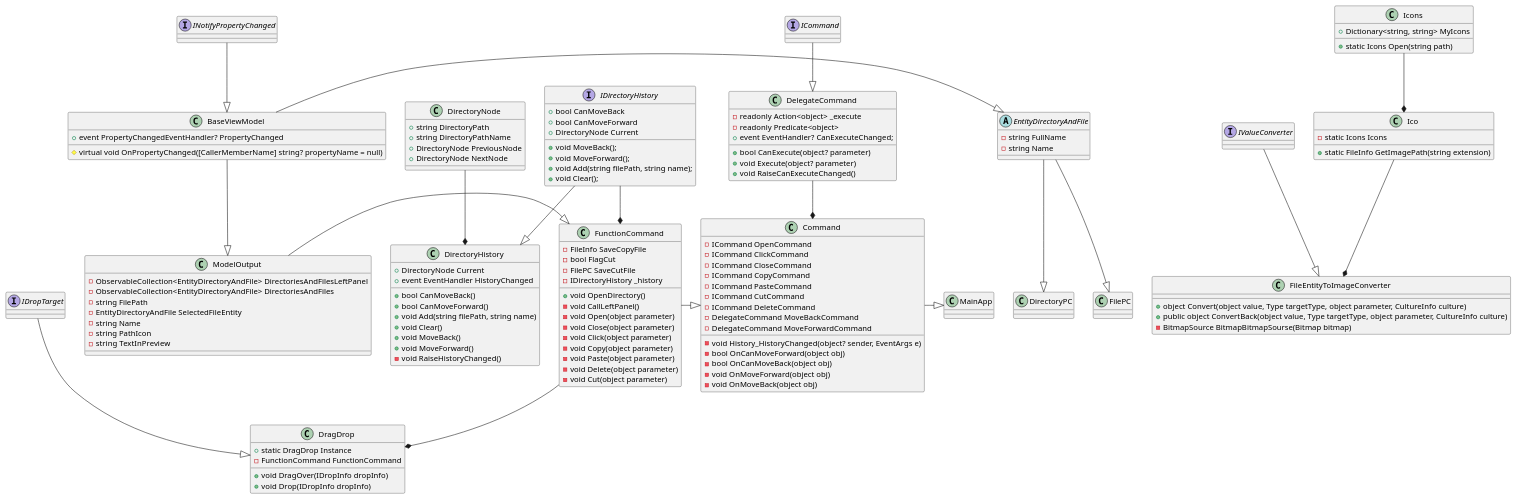
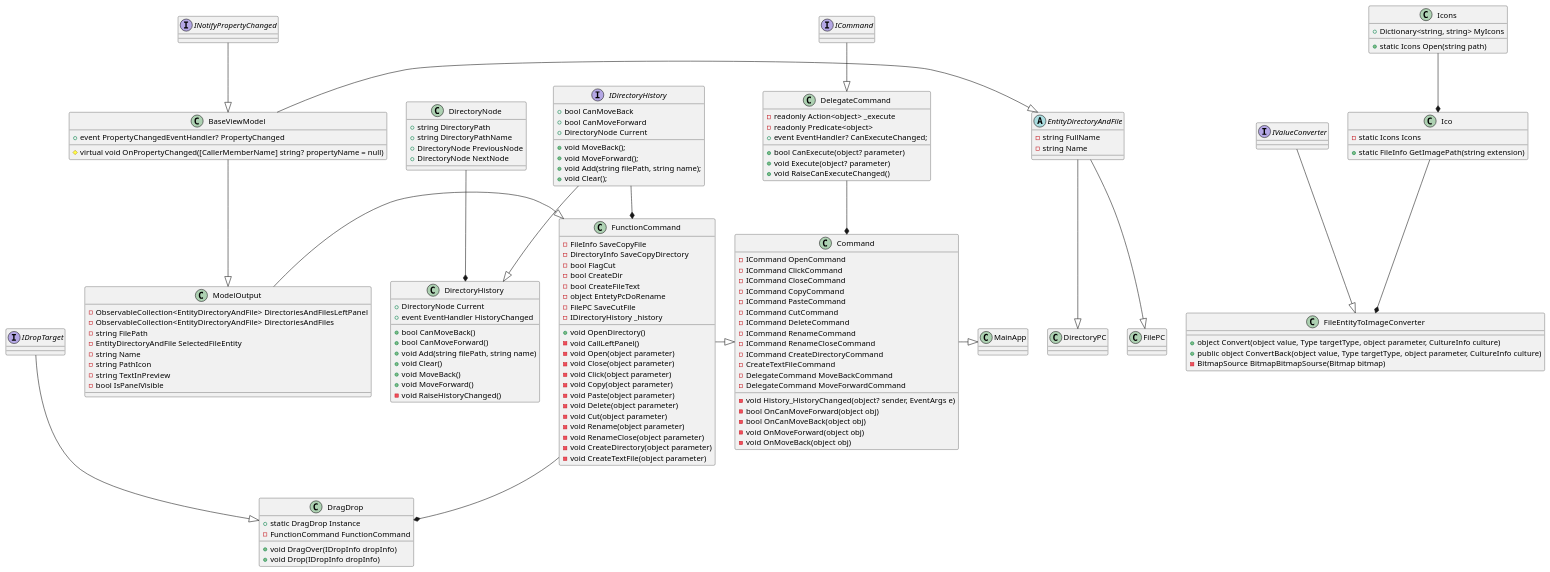
Before and after one commit to Neket27/C-sharb_voenmeh_coursework: the diagram in C-sharb_voenmeh_coursework/UML_planExplore.puml, drawn with PlantUML. The commit also changed 10 other files, not shown here.

```diff
--- a/C-sharb_voenmeh_coursework/UML_planExplore.puml
+++ b/C-sharb_voenmeh_coursework/UML_planExplore.puml
@@ -147,6 +147,10 @@
 - ICommand PasteCommand
 - ICommand CutCommand
 - ICommand DeleteCommand
+- ICommand RenameCommand
+- ICommand RenameCloseCommand
+- ICommand CreateDirectoryCommand
+- CreateTextFileCommand 
 - DelegateCommand MoveBackCommand
 - DelegateCommand MoveForwardCommand
 
@@ -160,7 +164,11 @@
 class FunctionCommand
 {
 - FileInfo SaveCopyFile
+- DirectoryInfo SaveCopyDirectory
 - bool FlagCut
+- bool CreateDir
+- bool CreateFileText
+- object EntetyPcDoRename
 - FilePC SaveCutFile
 - IDirectoryHistory _history
 
@@ -173,6 +181,10 @@
 - void Paste(object parameter)
 - void Delete(object parameter)
 - void Cut(object parameter)
+- void Rename(object parameter)
+- void RenameClose(object parameter)
+- void CreateDirectory(object parameter)
+- void CreateTextFile(object parameter)
 }
 
 class ModelOutput
@@ -184,6 +196,7 @@
 - string Name
 - string PathIcon
 - string TextInPreview
+- bool IsPanelVisible
 }
 class MainApp 
 {
```
